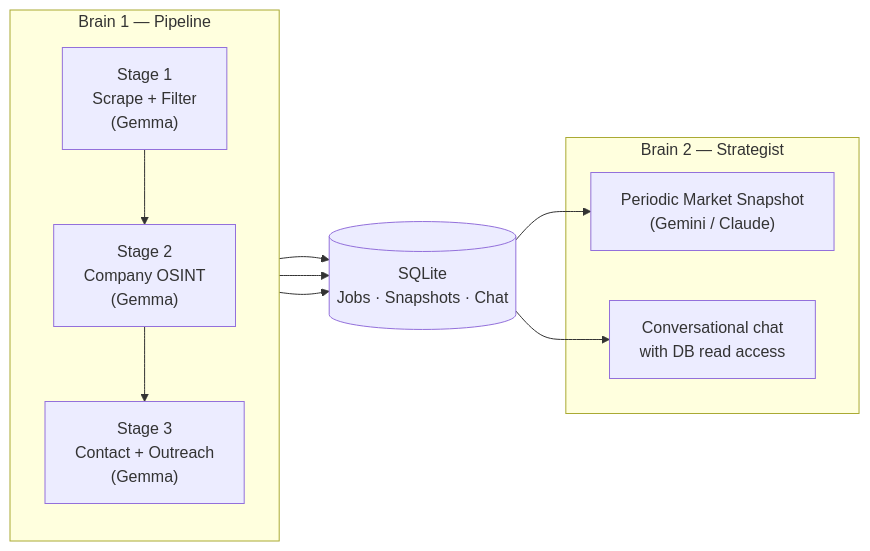
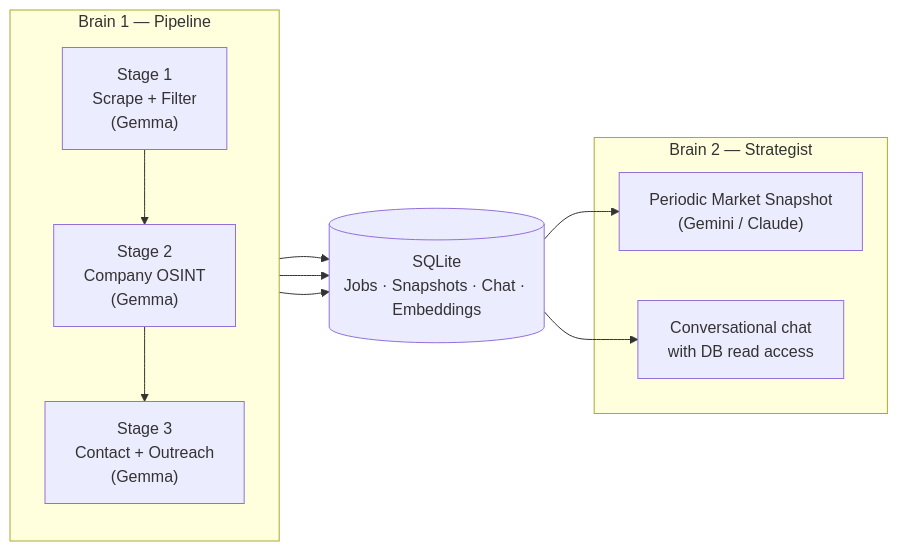
Before and after one commit to mustar22/hunterjobs-ats: the diagram in README.md, drawn with Mermaid. The commit also changed other lines of this file, not shown here.

````diff
--- a/README.md
+++ b/README.md
@@ -56,21 +63,21 @@
 ```mermaid
 flowchart LR
     subgraph Brain1["Brain 1 — Pipeline"]
         direction TB
         S1["Stage 1<br/>Scrape + Filter<br/>(Gemma)"] --> S2["Stage 2<br/>Company OSINT<br/>(Gemma)"]
         S2 --> S3["Stage 3<br/>Contact + Outreach<br/>(Gemma)"]
     end
 
     subgraph Brain2["Brain 2 — Strategist"]
         Snap["Periodic Market Snapshot<br/>(Gemini / Claude)"]
         Chat["Conversational chat<br/>with DB read access"]
     end
 
-    DB[(SQLite<br/>Jobs · Snapshots · Chat)]
+    DB[(SQLite<br/>Jobs · Snapshots · Chat · Embeddings)]
 
     S1 --> DB
     S2 --> DB
     S3 --> DB
     DB --> Snap
     DB --> Chat
 ```
````
